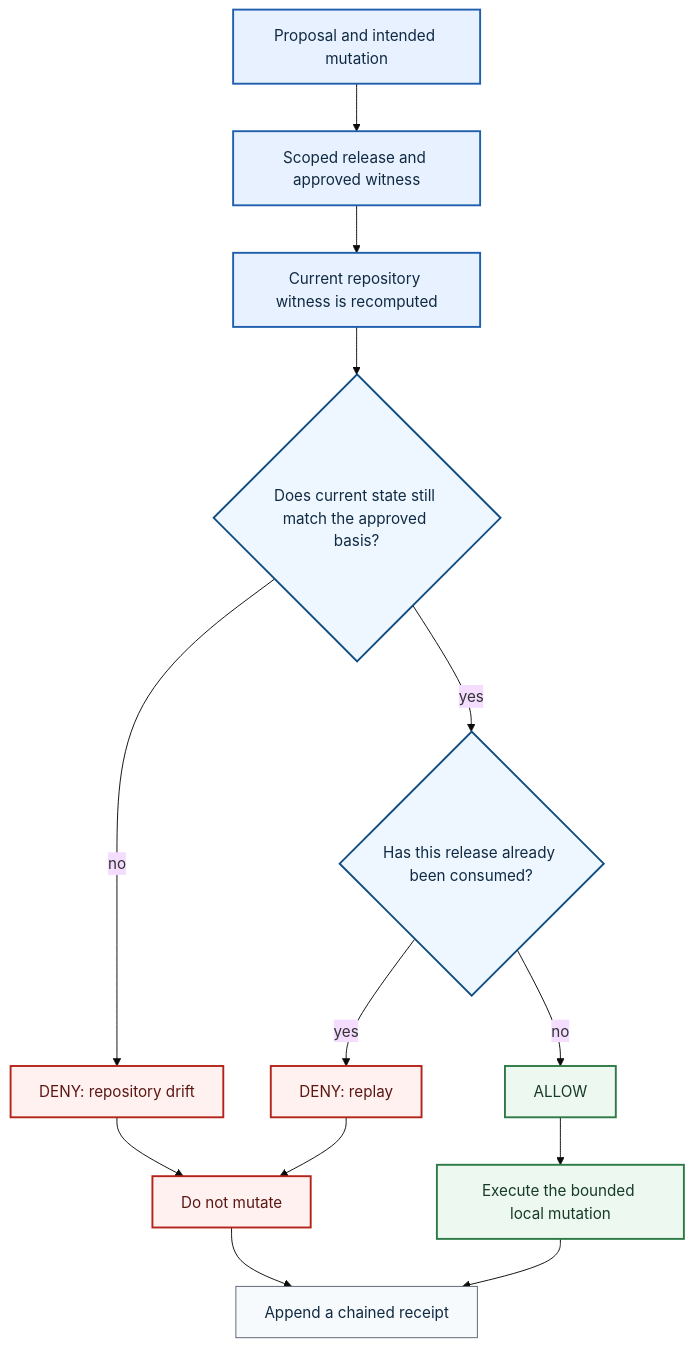
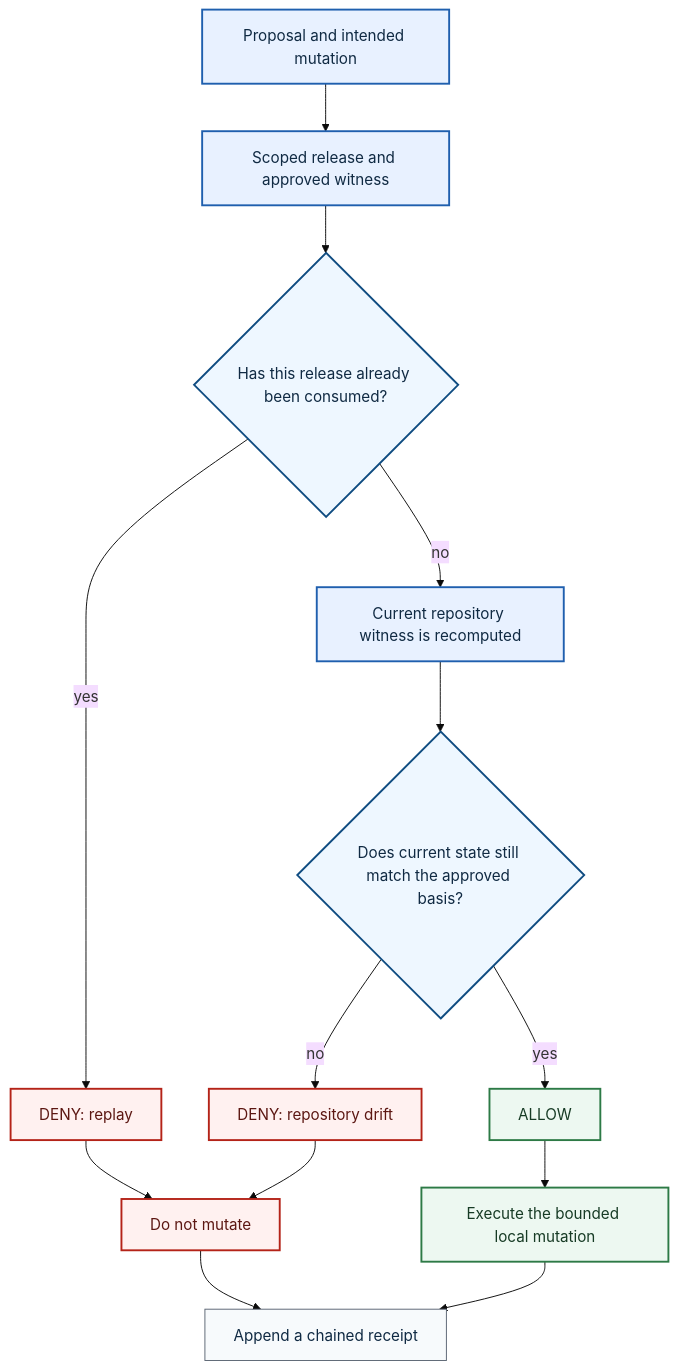
One commit to DETERMAai/determa-governed-execution-demo changed the diagram in README.md. Above: the diagram before and after it, drawn with Mermaid (base theme). The commit also changed other lines of this file, not shown here.

Commit message:
docs: align replay and witness decision precedence

````diff
--- a/README.md
+++ b/README.md
@@ -30,31 +30,31 @@
 ```mermaid
 flowchart TB
     A[Proposal and intended mutation]
     B[Scoped release and approved witness]
+    G{Has this release already been consumed?}
+    H[DENY: replay]
     C[Current repository witness is recomputed]
     D{Does current state still match the approved basis?}
     E[ALLOW]
     F[DENY: repository drift]
-    G{Has this release already been consumed?}
-    H[DENY: replay]
     I[Execute the bounded local mutation]
     J[Do not mutate]
     K[Append a chained receipt]
 
-    A --> B --> C --> D
-    D -->|yes| G
-    D -->|no| F --> J --> K
-    G -->|no| E --> I --> K
-    G -->|yes| H --> J
+    A --> B --> G
+    G -->|yes| H --> J --> K
+    G -->|no| C --> D
+    D -->|yes| E --> I --> K
+    D -->|no| F --> J
 
     classDef input fill:#e8f1ff,stroke:#1f5fae,color:#102a43,stroke-width:2px;
     classDef gate fill:#eef7ff,stroke:#0f4c81,color:#102a43,stroke-width:2px;
     classDef allow fill:#edf8f1,stroke:#2d7a46,color:#173b25,stroke-width:2px;
     classDef deny fill:#fff1f0,stroke:#b42318,color:#5c1712,stroke-width:2px;
     classDef evidence fill:#f7fafc,stroke:#5b6573,color:#102a43;
     class A,B,C input;
     class D,G gate;
     class E,I allow;
     class F,H,J deny;
     class K evidence;
 ```
````
